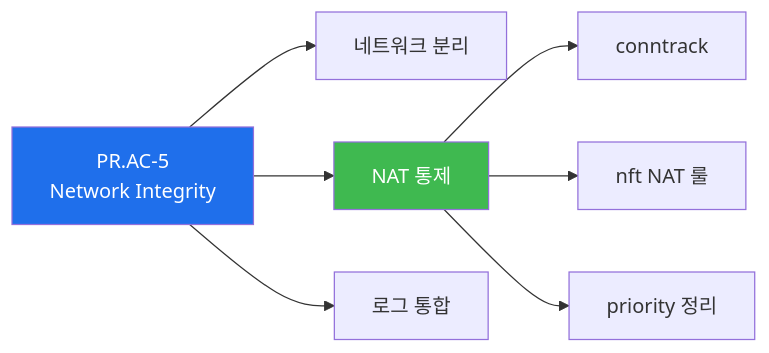
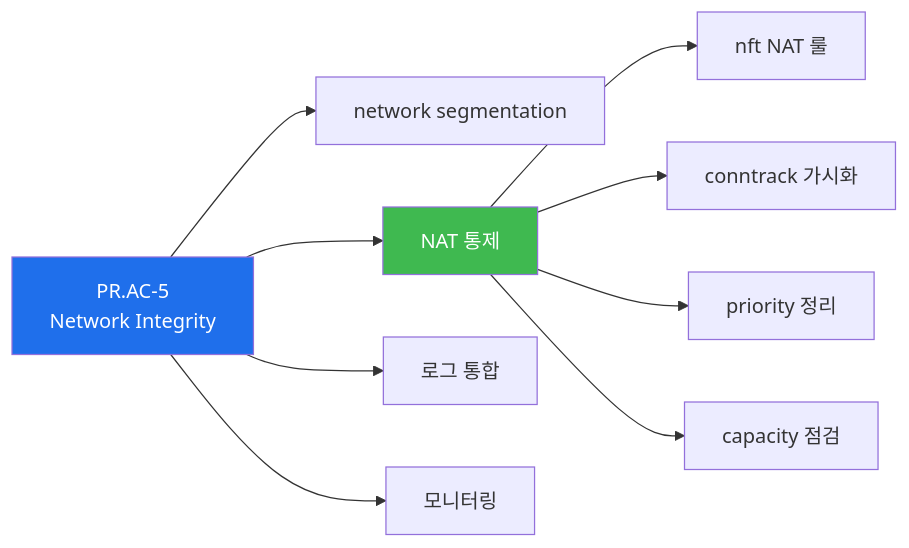
Before and after one commit to mrgrit/ccc: the seventh of 7 diagrams in contents/standalone/lecture/secuops/week03.md, drawn with Mermaid. The commit also changed other lines of this file and 1 other file, not shown here.

````diff
--- a/contents/standalone/lecture/secuops/week03.md
+++ b/contents/standalone/lecture/secuops/week03.md
@@ -477,12 +1085,14 @@
 ```mermaid
 graph LR
     AC5[PR.AC-5<br/>Network Integrity]
-    AC5 --> SEG[네트워크 분리]
+    AC5 --> SEG[network segmentation]
     AC5 --> NAT[NAT 통제]
     AC5 --> LOG[로그 통합]
-    NAT --> CONN[conntrack]
+    AC5 --> MON[모니터링]
     NAT --> RULE[nft NAT 룰]
+    NAT --> CT[conntrack 가시화]
     NAT --> PRI[priority 정리]
+    NAT --> CAP[capacity 점검]
     style AC5 fill:#1f6feb,color:#fff
     style NAT fill:#3fb950,color:#fff
 ```
````
